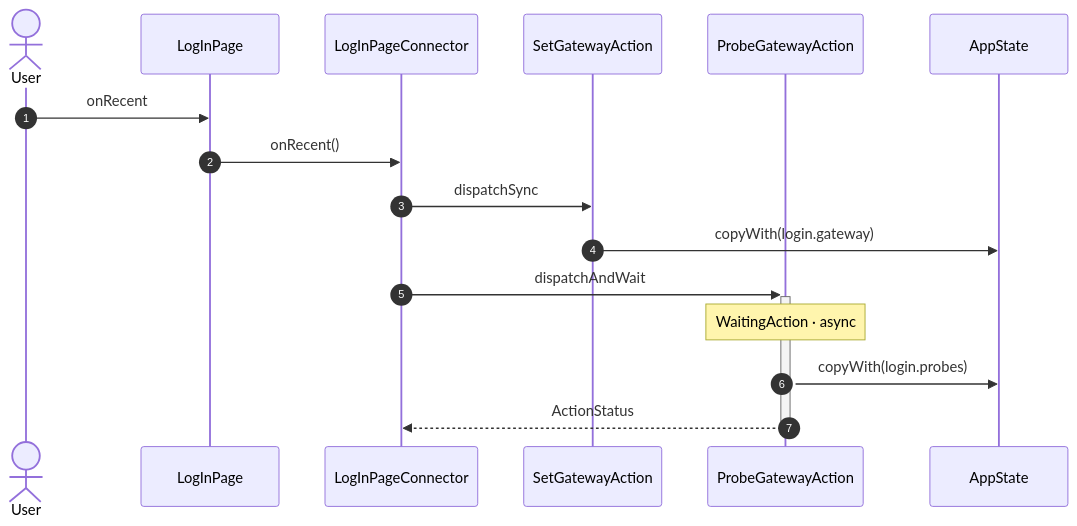
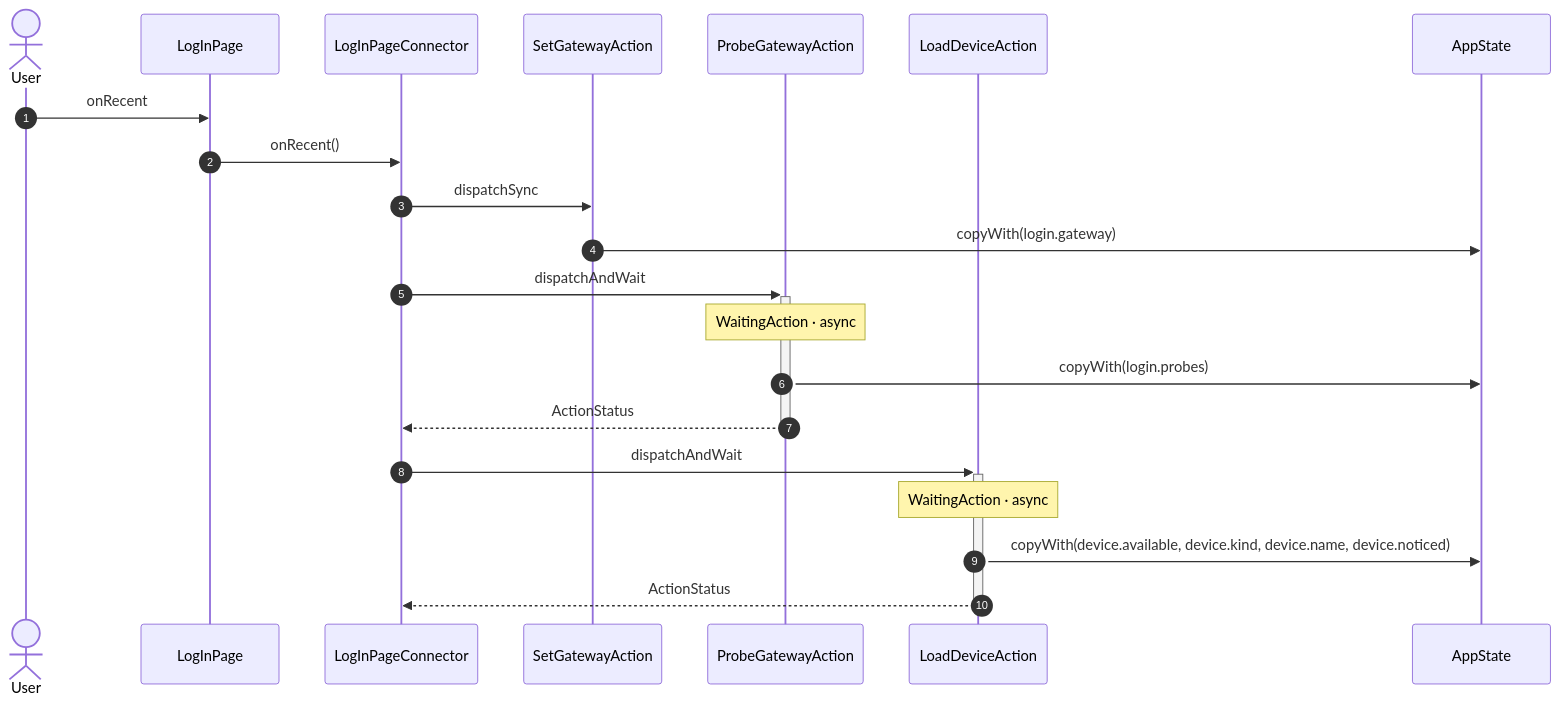
The sixth of 21 diagrams in studio/docs/flows/logIn.md (gencto/wyrm), drawn with Mermaid before and after one commit. The commit also changed other lines of this file and 37 other files, not shown here.

````diff
--- a/studio/docs/flows/logIn.md
+++ b/studio/docs/flows/logIn.md
@@ -96,19 +96,24 @@
 ```mermaid
 sequenceDiagram
     autonumber
     actor User
     participant UI as LogInPage
     participant VM as LogInPageConnector
     participant A1 as SetGatewayAction
     participant A2 as ProbeGatewayAction
+    participant A3 as LoadDeviceAction
     participant ST as AppState
 
     User->>UI: onRecent
     UI->>VM: onRecent()
     VM->>A1: dispatchSync
     A1->>ST: copyWith(login.gateway)
     VM->>+A2: dispatchAndWait
     Note over A2: WaitingAction · async
     A2->>ST: copyWith(login.probes)
     A2-->>-VM: ActionStatus
+    VM->>+A3: dispatchAndWait
+    Note over A3: WaitingAction · async
+    A3->>ST: copyWith(device.available, device.kind, device.name, device.noticed)
+    A3-->>-VM: ActionStatus
 ```
````
